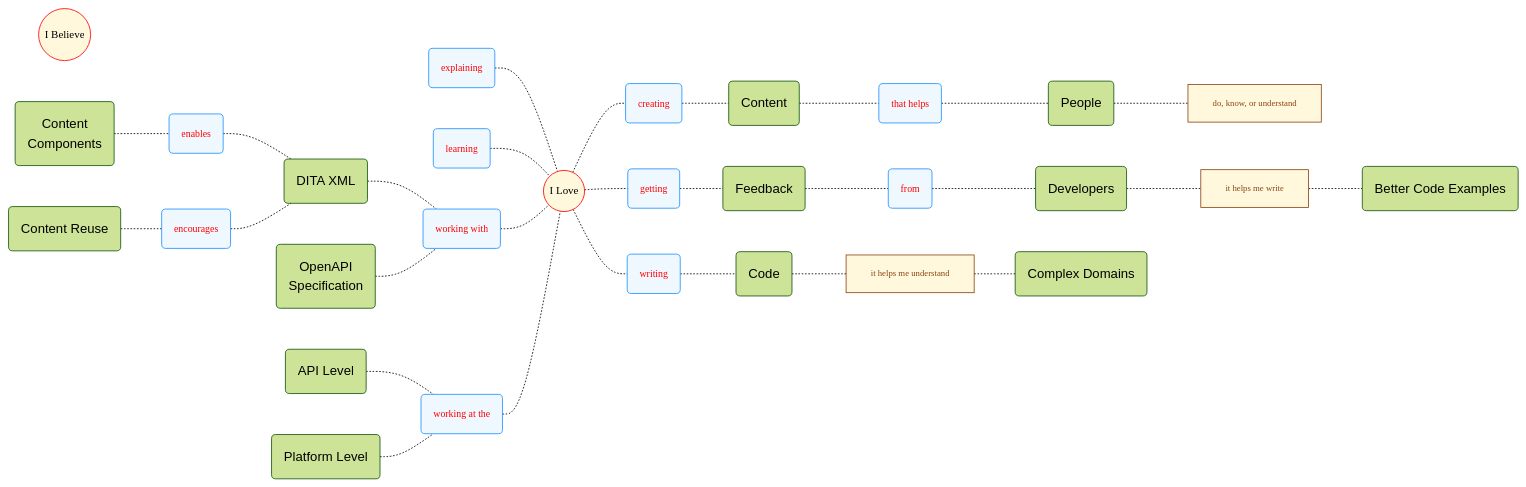
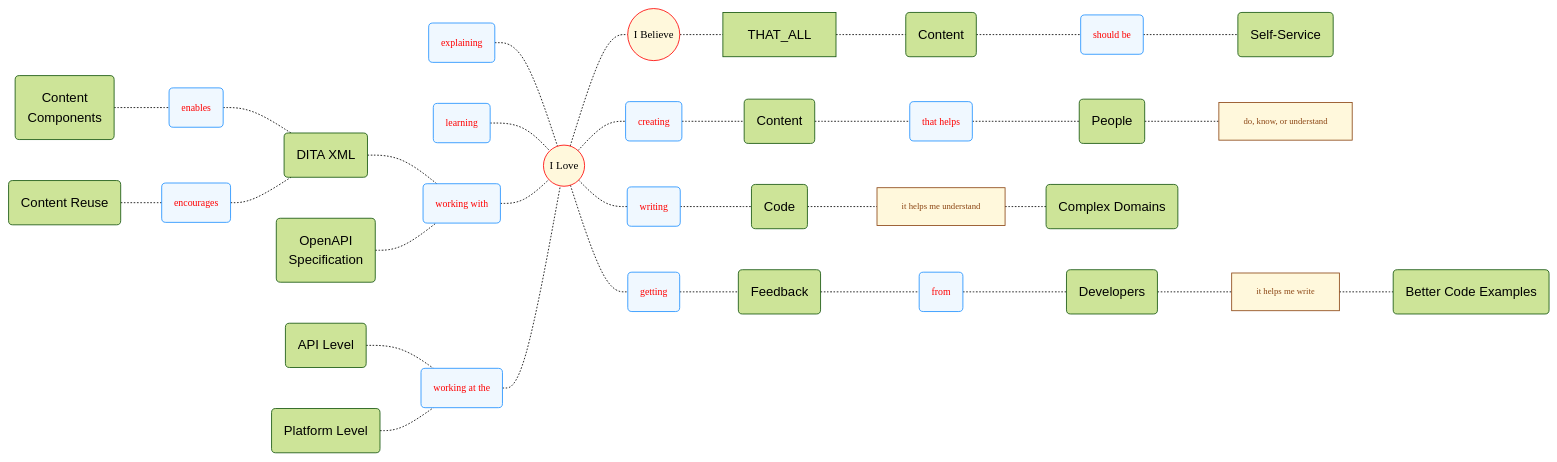
Before and after one commit to joe-dorward/samples: the first of 2 diagrams in my_mindmap.md, drawn with Mermaid.

````diff
--- a/my_mindmap.md
+++ b/my_mindmap.md
@@ -15,13 +15,18 @@
 CODE("Code")
 DITA_XML("DITA XML")
 BETTER_CODE_EXAMPLES("Better Code Examples")
+
 CONTENT("Content")
+CONTENT_2("Content")
+
 CONTENT_COMPONENTS("Content<br/>Components")
 CONTENT_REUSE("Content Reuse")
 DEVELOPERS("Developers")
 FEEDBACK("Feedback")
 OPEN_API_SPECIFICATION("OpenAPI<br/>Specification")
 PEOPLE("People")
+SELF_SERVICE("Self-Service")
+
 PLATFORM_LEVEL("Platform Level")
 API_LEVEL("API Level")
 
@@ -36,13 +41,14 @@
 GETTING("getting")
 FROM("from")
 LEARNING("learning")
+SHOULD_BE("should be")
 WORKING_AT_THE("working at the")
 WORKING_WITH("working with")
 WRITING("writing")
 
 THAT_HELPS("that helps")
 
-class CREATING,ENABLES,ENCOURAGES,EXPLAINING,GETTING,FROM,LEARNING,WORKING_AT_THE,WORKING_WITH,WRITING,THAT_HELPS Verb;
+class CREATING,ENABLES,ENCOURAGES,EXPLAINING,GETTING,FROM,LEARNING,SHOULD_BE,WORKING_AT_THE,WORKING_WITH,WRITING,THAT_HELPS Verb;
 
 
 
@@ -81,6 +87,7 @@
 
 I_LOVE-.-GETTING-.-FEEDBACK-.-FROM-.-DEVELOPERS-.-HELPS_ME_WRITE-.-BETTER_CODE_EXAMPLES
 
-
+I_LOVE-.-I_BELIEVE
+I_BELIEVE-.-THAT_ALL-.-CONTENT_2-.-SHOULD_BE-.-SELF_SERVICE
 
 ```
````
